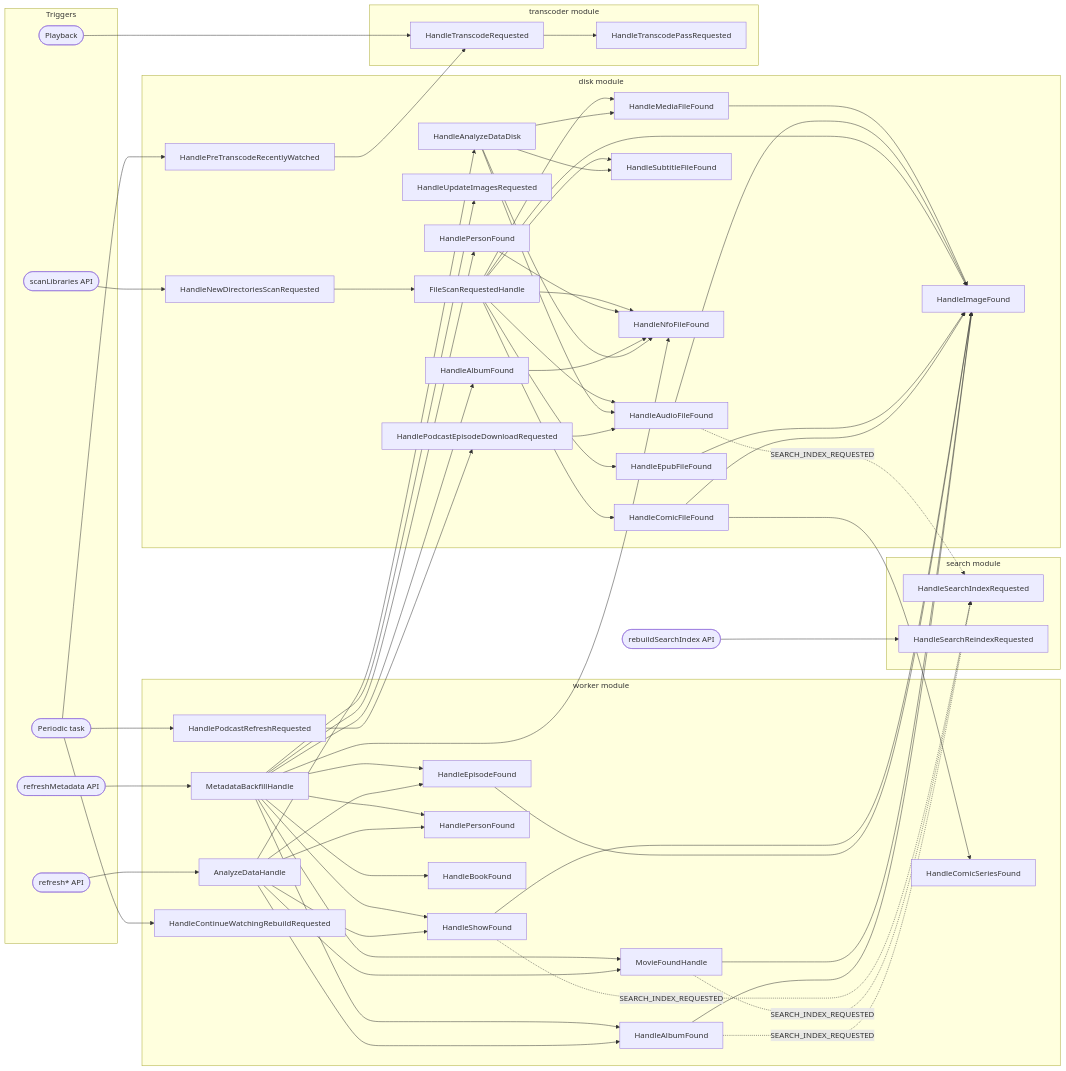
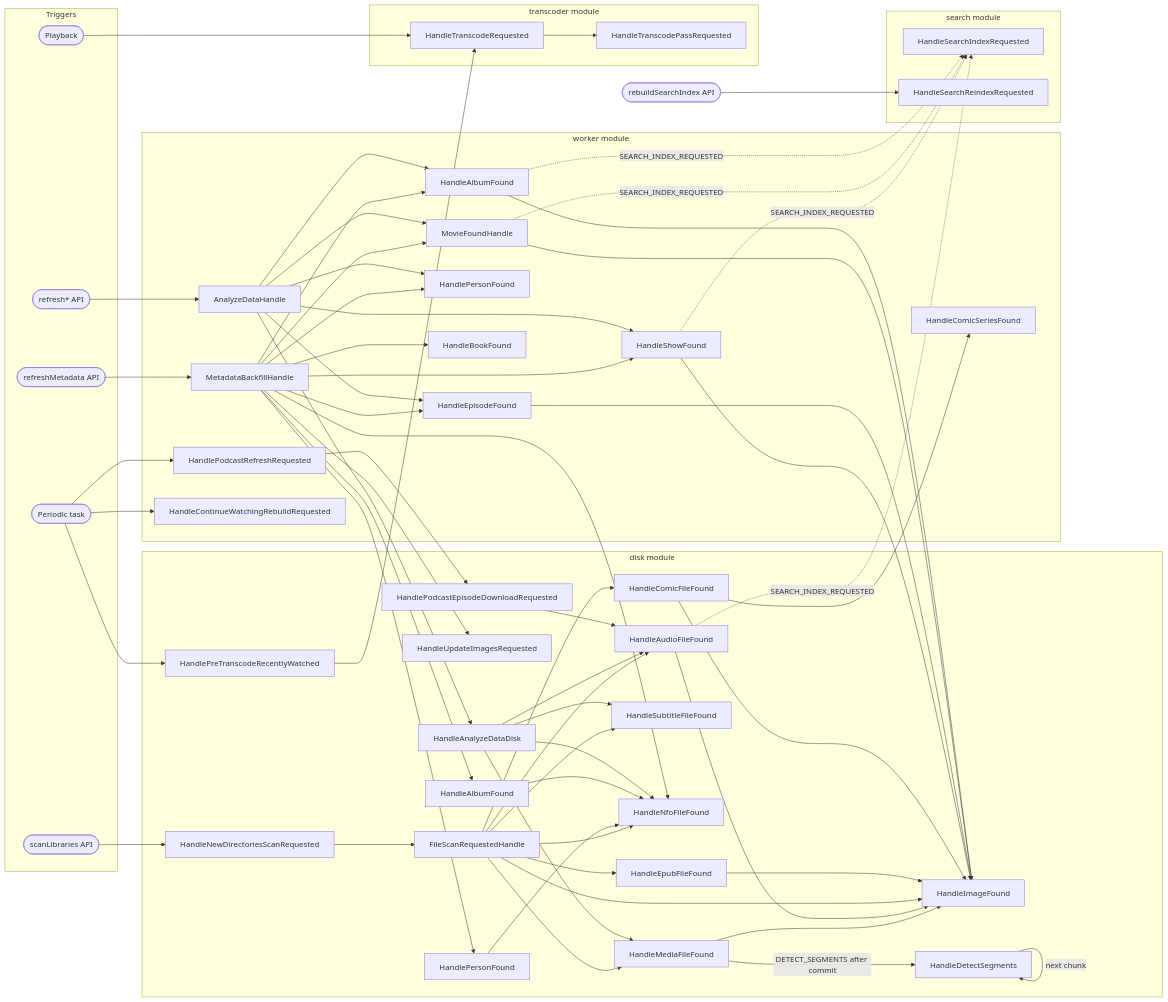
The diagram in doc/architecture/diagrams/event-overview.md (ister-app/server), drawn with Mermaid before and after one commit. The commit also changed 21 other files, not shown here.

First line of the commit message:
docs(architecture): sync the chapters and diagrams with the code

```diff
--- a/doc/architecture/diagrams/event-overview.md
+++ b/doc/architecture/diagrams/event-overview.md
@@ -29,6 +29,7 @@
         H13[HandleEpubFileFound]
         H14[HandleComicFileFound]
         H15[HandlePodcastEpisodeDownloadRequested]
+        H16[HandleDetectSegments]
     end
 
     subgraph worker module
@@ -57,6 +58,8 @@
 
     T1 --> H1 --> H2
     H2 --> H3 --> H6
+    H3 -->|DETECT_SEGMENTS after commit| H16
+    H16 -->|next chunk| H16
     H2 --> H4 --> H6
     H2 --> H5
     H2 --> H6
```
